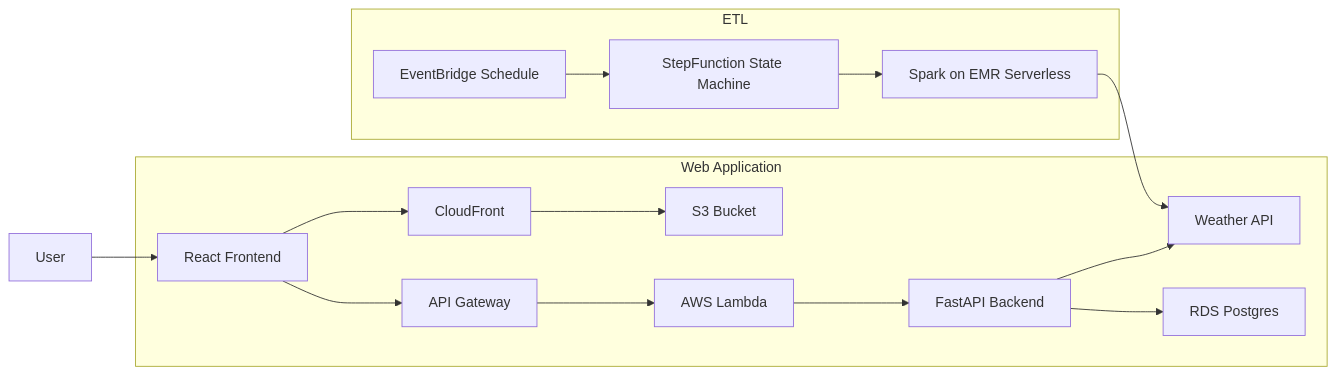
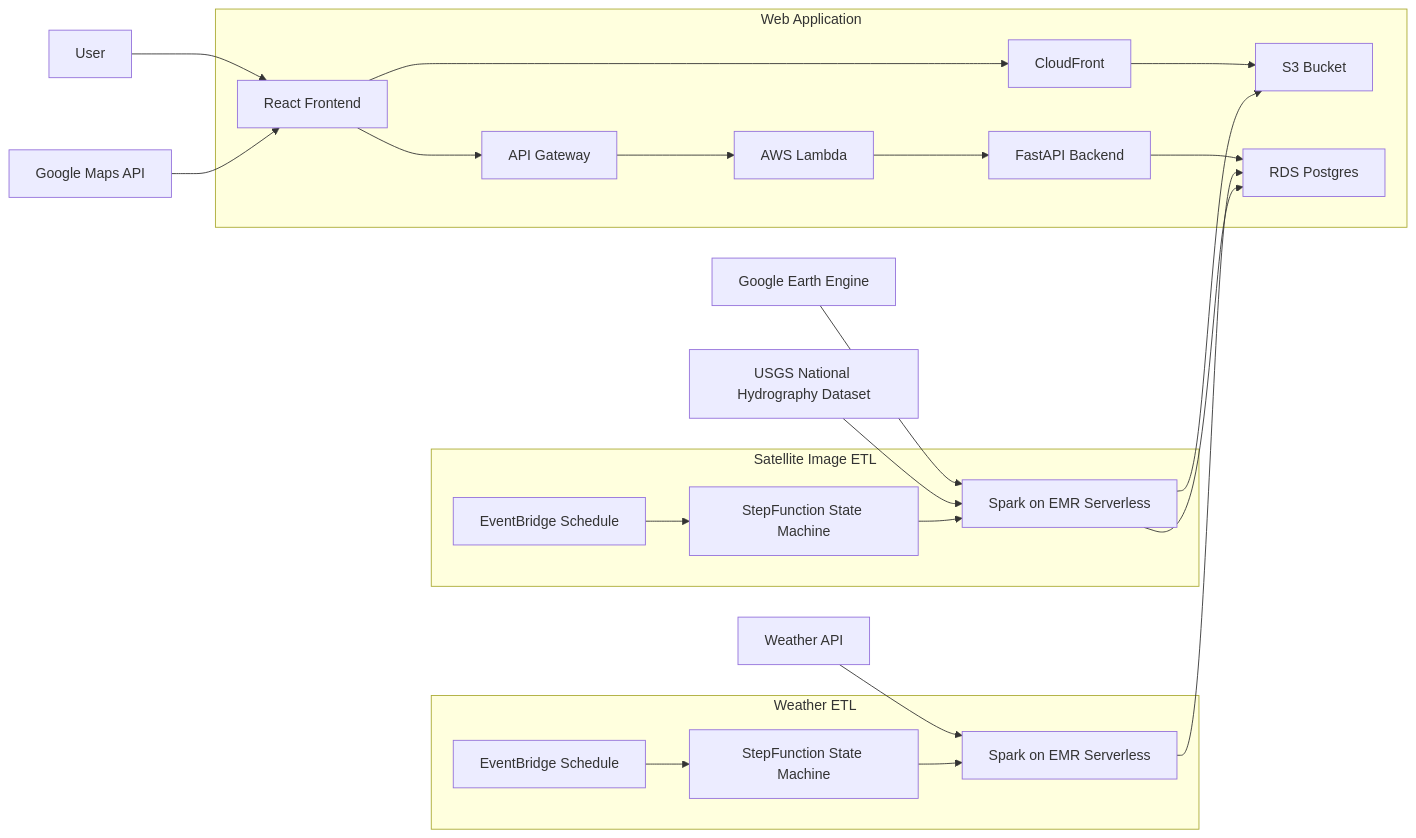
The first of 2 diagrams in README.md (kgmcquate/lake-freeze-frontend), drawn with Mermaid before and after one commit.

Commit message:
Updated fullstack system diagram

````diff
--- a/README.md
+++ b/README.md
@@ -14,29 +14,35 @@
 ```mermaid
 graph LR;
-  A[User] --> B
-  
-  J[Weather API]
+    A[User] --> B
 
-  subgraph Web Application
+    J[Weather API] --> M
+    N[Google Earth Engine] --> S
+    O[Google Maps API] --> B
+    P[USGS National Hydrography Dataset] --> S
+
+
+  subgraph Web Application;
+    
     B[React Frontend]
     B --> C[CloudFront]
     C --> D[S3 Bucket]
     B --> F[API Gateway]
     F --> G[AWS Lambda]
     G --> H[FastAPI Backend]
     H --> I[RDS Postgres]
-    H --> J
   end
 
-  
-
-  subgraph ETL
+  subgraph Weather ETL;
     K[EventBridge Schedule] --> L[StepFunction State Machine]
     L --> M[Spark on EMR Serverless]
-    M --> J
-    
+    M --> I
   end
 
-
+  subgraph Satellite Image ETL;
+    Q[EventBridge Schedule] --> R[StepFunction State Machine]
+    R --> S[Spark on EMR Serverless]
+    S --> I
+    S --> D
+  end
 
 ```
````
